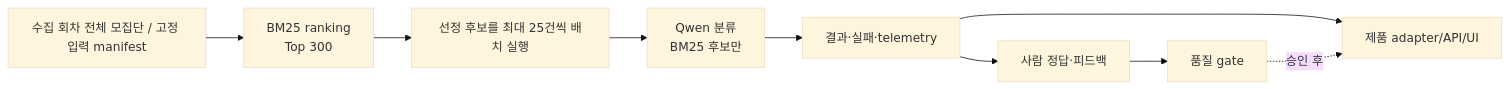
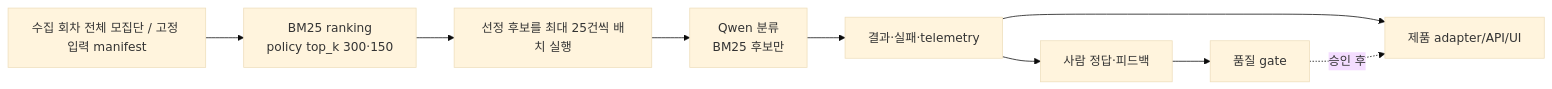
Before and after one commit to jechoiyyy/bidops: the fifth of 9 diagrams in docs/ARCHITECTURE.md, drawn with Mermaid (base theme). The commit also changed 27 other files, not shown here.

First line of the commit message:
feat(c2): policy-driven stage 1 cut, publish v6 (Top150), outage-day list (ADR-0075)

```diff
--- a/docs/ARCHITECTURE.md
+++ b/docs/ARCHITECTURE.md
@@ -302,16 +302,16 @@
 ~~~mermaid
 flowchart LR
     input[수집 회차 전체 모집단 / 고정 입력 manifest]
-    bm25[BM25 ranking<br/>Top 300]
+    bm25[BM25 ranking<br/>policy top_k 300·150]
     batch[선정 후보를 최대 25건씩 배치 실행]
     qwen[Qwen 분류<br/>BM25 후보만]
     result[결과·실패·telemetry]
     feedback[사람 정답·피드백]
     gate[품질 gate]
     product[제품 adapter/API/UI]
 
     input --> bm25 --> batch --> qwen --> result
     result --> feedback --> gate
     result --> product
     gate -. 승인 후 .-> product
 ~~~
```
